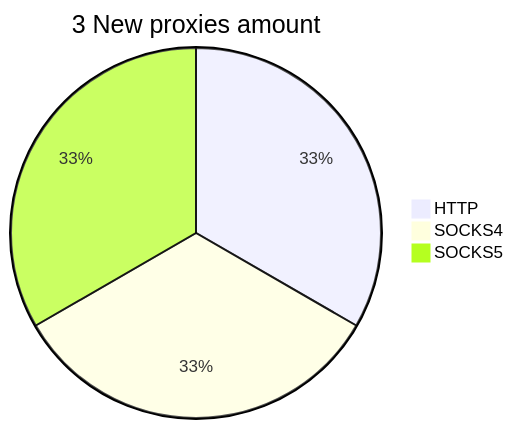
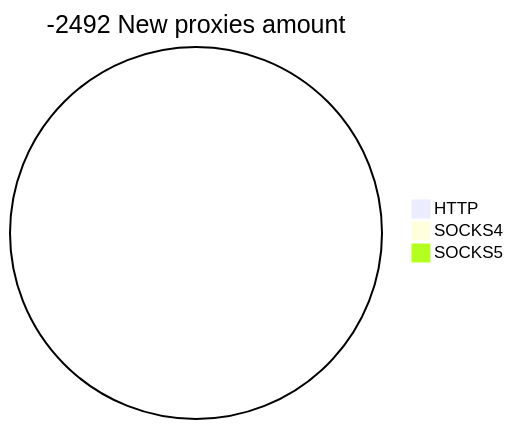
The second of 2 diagrams in README.md (cutipu/proxylist), drawn with Mermaid before and after one commit. The commit also changed other lines of this file, not shown here.

````diff
--- a/README.md
+++ b/README.md
@@ -10,6 +10,6 @@
 ```mermaid
-pie title 3 New proxies amount
-    "HTTP" : 1
-    "SOCKS4" : 1
-    "SOCKS5" : 1
+pie title -2492 New proxies amount
+    "HTTP" : 0
+    "SOCKS4" : 0
+    "SOCKS5" : 0
 ```
````
